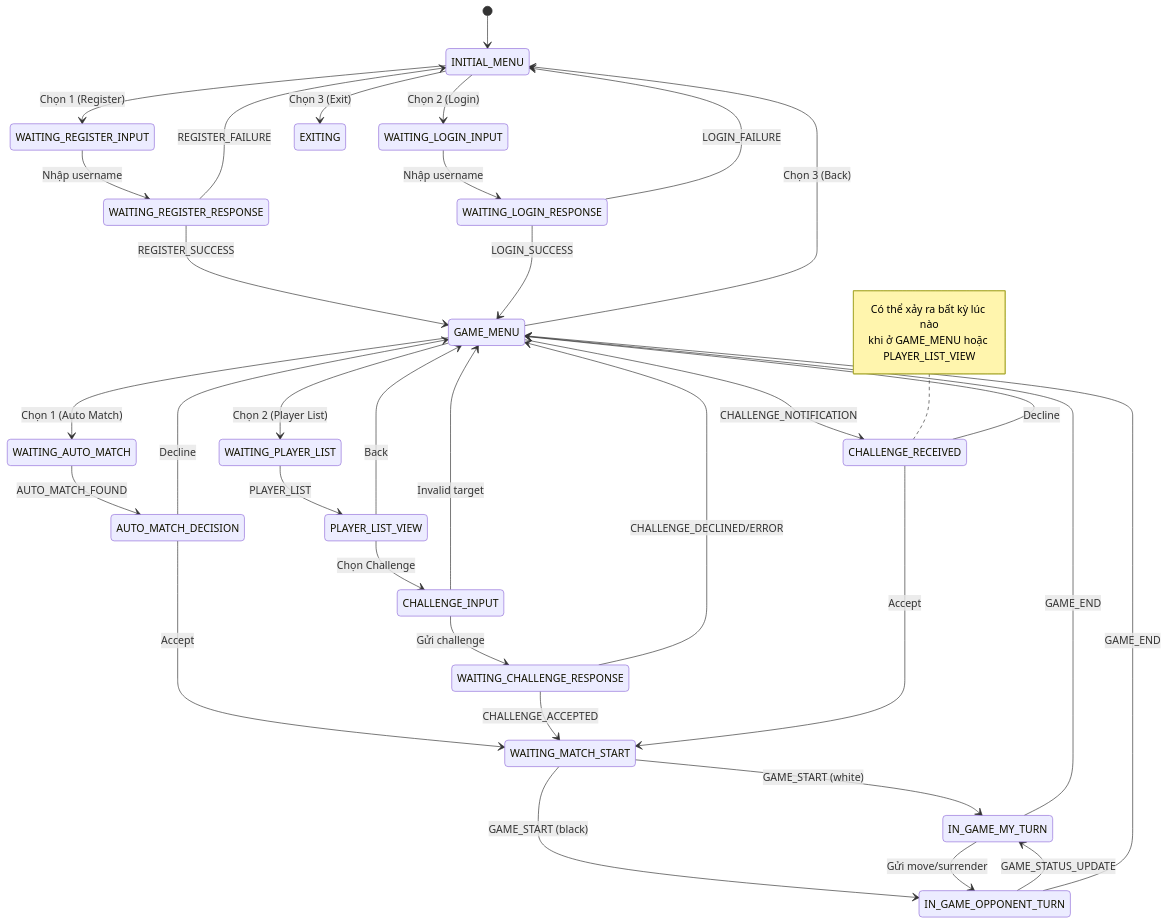
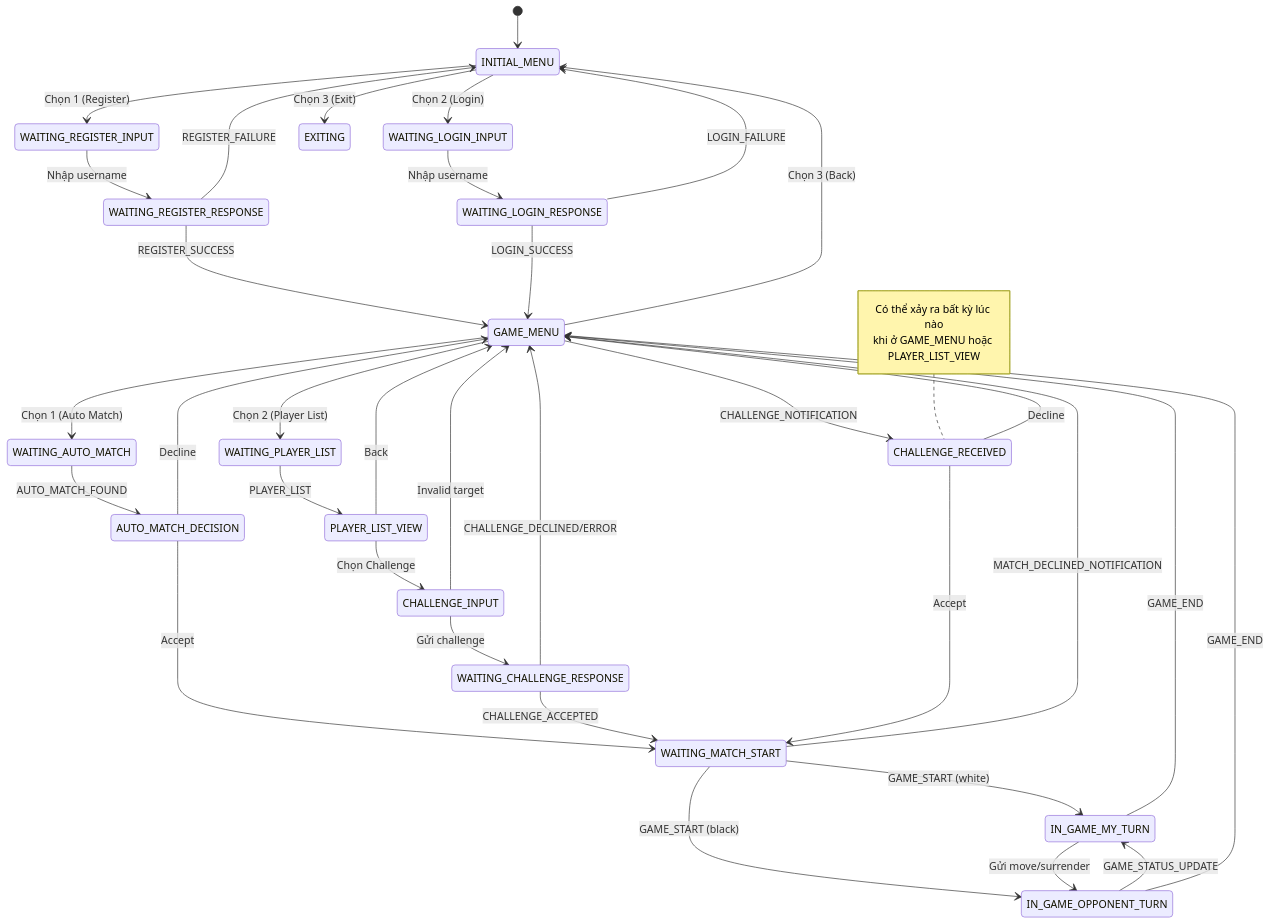
The third of 12 diagrams in client/CLIENT_DOCUMENTATION.md (ktoan911/Chess_TCP_C), drawn with Mermaid before and after one commit. The commit also changed other lines of this file and 1 other file, not shown here.

````diff
--- a/client/CLIENT_DOCUMENTATION.md
+++ b/client/CLIENT_DOCUMENTATION.md
@@ -173,52 +173,53 @@
 ```mermaid
 stateDiagram-v2
     [*] --> INITIAL_MENU
     
     INITIAL_MENU --> WAITING_REGISTER_INPUT: Chọn 1 (Register)
     INITIAL_MENU --> WAITING_LOGIN_INPUT: Chọn 2 (Login)
     INITIAL_MENU --> EXITING: Chọn 3 (Exit)
     
     WAITING_REGISTER_INPUT --> WAITING_REGISTER_RESPONSE: Nhập username
     WAITING_LOGIN_INPUT --> WAITING_LOGIN_RESPONSE: Nhập username
     
     WAITING_REGISTER_RESPONSE --> GAME_MENU: REGISTER_SUCCESS
     WAITING_REGISTER_RESPONSE --> INITIAL_MENU: REGISTER_FAILURE
     
     WAITING_LOGIN_RESPONSE --> GAME_MENU: LOGIN_SUCCESS
     WAITING_LOGIN_RESPONSE --> INITIAL_MENU: LOGIN_FAILURE
     
     GAME_MENU --> WAITING_AUTO_MATCH: Chọn 1 (Auto Match)
     GAME_MENU --> WAITING_PLAYER_LIST: Chọn 2 (Player List)
     GAME_MENU --> INITIAL_MENU: Chọn 3 (Back)
     
     WAITING_AUTO_MATCH --> AUTO_MATCH_DECISION: AUTO_MATCH_FOUND
     AUTO_MATCH_DECISION --> WAITING_MATCH_START: Accept
     AUTO_MATCH_DECISION --> GAME_MENU: Decline
     
     WAITING_PLAYER_LIST --> PLAYER_LIST_VIEW: PLAYER_LIST
     PLAYER_LIST_VIEW --> CHALLENGE_INPUT: Chọn Challenge
     PLAYER_LIST_VIEW --> GAME_MENU: Back
     
     CHALLENGE_INPUT --> WAITING_CHALLENGE_RESPONSE: Gửi challenge
     CHALLENGE_INPUT --> GAME_MENU: Invalid target
     
     WAITING_CHALLENGE_RESPONSE --> WAITING_MATCH_START: CHALLENGE_ACCEPTED
     WAITING_CHALLENGE_RESPONSE --> GAME_MENU: CHALLENGE_DECLINED/ERROR
 
     GAME_MENU --> CHALLENGE_RECEIVED: CHALLENGE_NOTIFICATION
     CHALLENGE_RECEIVED --> WAITING_MATCH_START: Accept
     CHALLENGE_RECEIVED --> GAME_MENU: Decline
     
     note left of CHALLENGE_RECEIVED
         Có thể xảy ra bất kỳ lúc nào
         khi ở GAME_MENU hoặc PLAYER_LIST_VIEW
     end note
     
     WAITING_MATCH_START --> IN_GAME_MY_TURN: GAME_START (white)
     WAITING_MATCH_START --> IN_GAME_OPPONENT_TURN: GAME_START (black)
+    WAITING_MATCH_START --> GAME_MENU: MATCH_DECLINED_NOTIFICATION
     
     IN_GAME_MY_TURN --> IN_GAME_OPPONENT_TURN: Gửi move/surrender
     IN_GAME_OPPONENT_TURN --> IN_GAME_MY_TURN: GAME_STATUS_UPDATE
     IN_GAME_MY_TURN --> GAME_MENU: GAME_END
     IN_GAME_OPPONENT_TURN --> GAME_MENU: GAME_END
 ```
````
